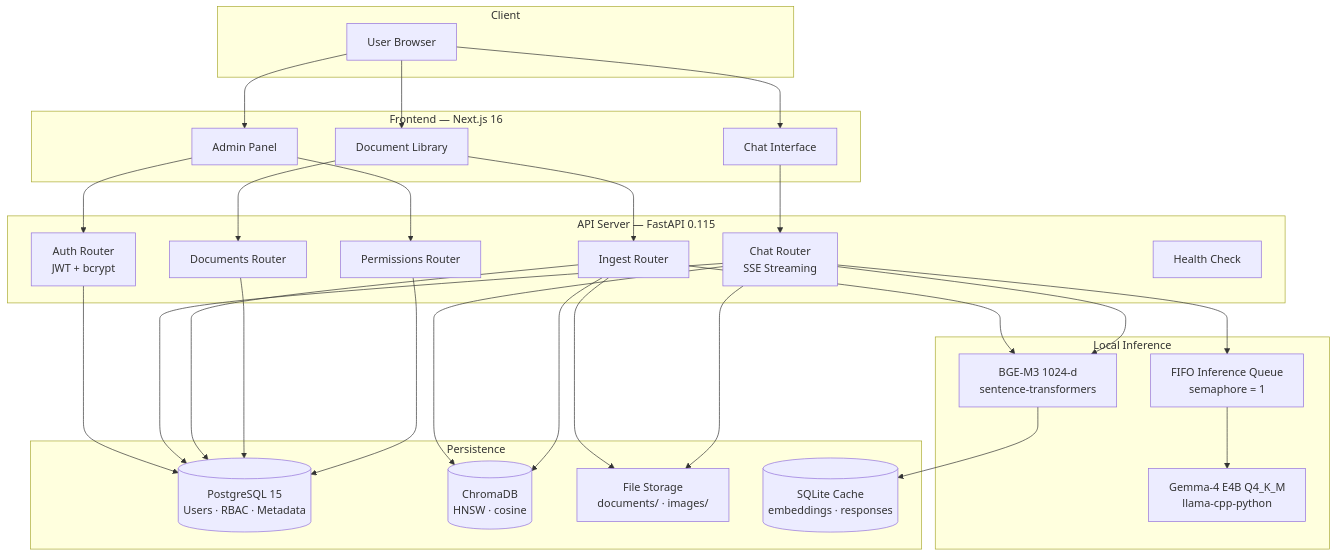
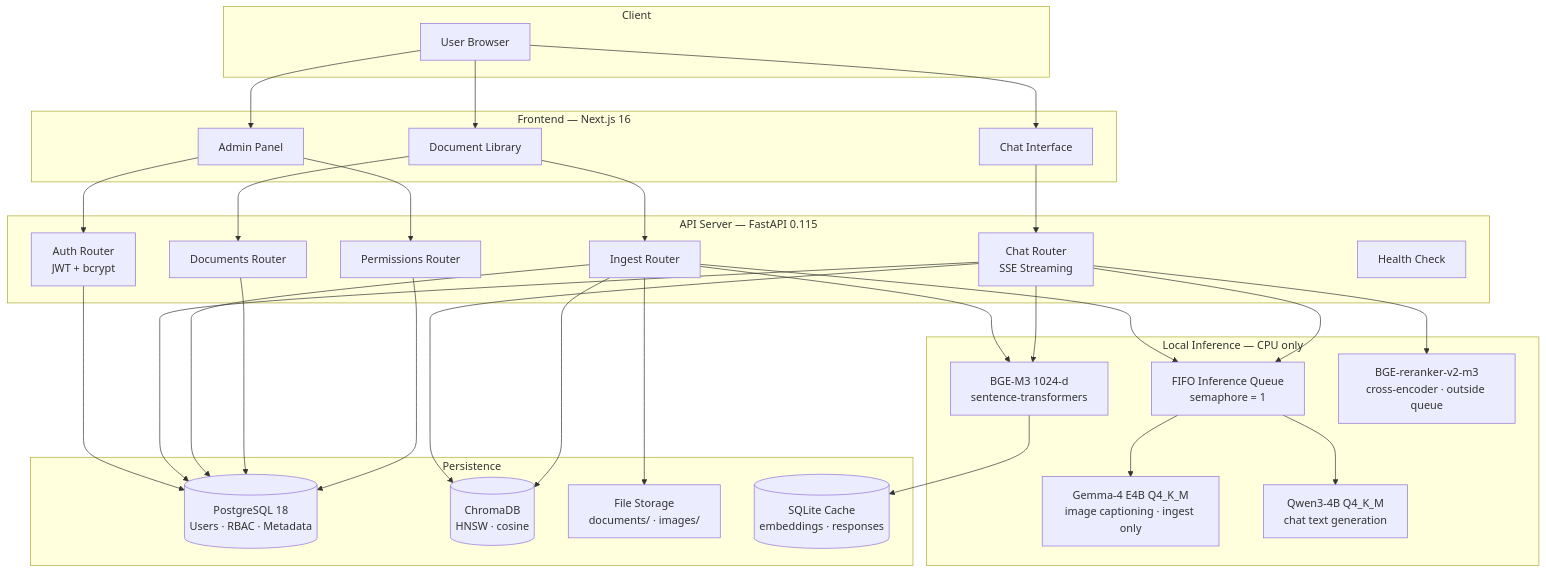
Before and after one commit to ChristianMendozaa/BMSC_RAG_System: the first of 4 diagrams in README.md, drawn with Mermaid. The commit also changed other lines of this file and 13 other files, not shown here.

First line of the commit message:
feat: Implement multimodal capabilities with Gemma-4 and Qwen3 for enhanced document intelligence

````diff
--- a/README.md
+++ b/README.md
@@ -24,55 +24,58 @@
 ```mermaid
 graph TD
     subgraph Client
         U[User Browser]
     end
 
     subgraph Frontend["Frontend — Next.js 16"]
         FE_CHAT[Chat Interface]
         FE_ADMIN[Admin Panel]
         FE_DOCS[Document Library]
     end
 
     subgraph API["API Server — FastAPI 0.115"]
         AUTH[Auth Router<br/>JWT + bcrypt]
         CHAT_R[Chat Router<br/>SSE Streaming]
         INGEST_R[Ingest Router]
         DOC_R[Documents Router]
         PERM_R[Permissions Router]
         HEALTH[Health Check]
     end
 
-    subgraph Inference["Local Inference"]
+    subgraph Inference["Local Inference — CPU only"]
         QUEUE[FIFO Inference Queue<br/>semaphore = 1]
-        LLM[Gemma-4 E4B Q4_K_M<br/>llama-cpp-python]
+        GEMMA[Gemma-4 E4B Q4_K_M<br/>image captioning · ingest only]
+        QWEN[Qwen3-4B Q4_K_M<br/>chat text generation]
         EMBED[BGE-M3 1024-d<br/>sentence-transformers]
+        RERANK[BGE-reranker-v2-m3<br/>cross-encoder · outside queue]
     end
 
     subgraph Storage["Persistence"]
-        PG[(PostgreSQL 15<br/>Users · RBAC · Metadata)]
+        PG[(PostgreSQL 18<br/>Users · RBAC · Metadata)]
         CHROMA[(ChromaDB<br/>HNSW · cosine)]
         FS[File Storage<br/>documents/ · images/]
         CACHE[(SQLite Cache<br/>embeddings · responses)]
     end
 
     U --> FE_CHAT & FE_ADMIN & FE_DOCS
     FE_CHAT --> CHAT_R
     FE_DOCS --> INGEST_R & DOC_R
     FE_ADMIN --> AUTH & PERM_R
 
-    CHAT_R --> QUEUE --> LLM
+    INGEST_R --> QUEUE --> GEMMA
+    CHAT_R --> QUEUE --> QWEN
+    CHAT_R --> RERANK
     INGEST_R --> EMBED
     CHAT_R --> EMBED
     EMBED --> CACHE
 
     CHAT_R --> CHROMA
     INGEST_R --> CHROMA
     INGEST_R --> FS
-    CHAT_R --> FS
 
     AUTH --> PG
     CHAT_R --> PG
     INGEST_R --> PG
     DOC_R --> PG
     PERM_R --> PG
 ```
````
